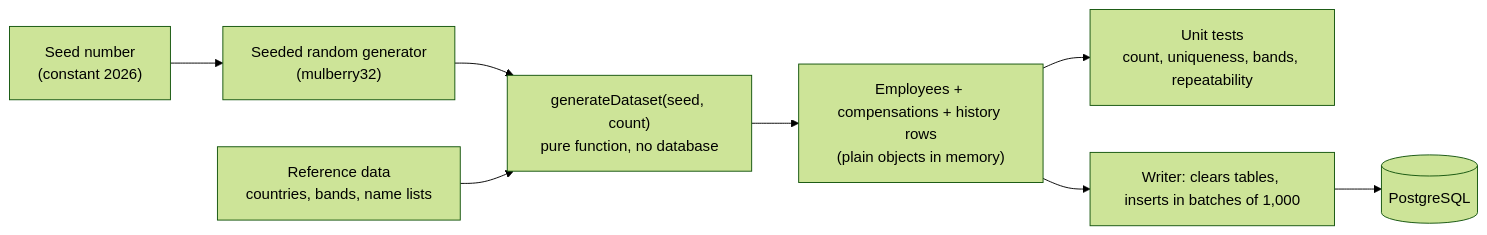
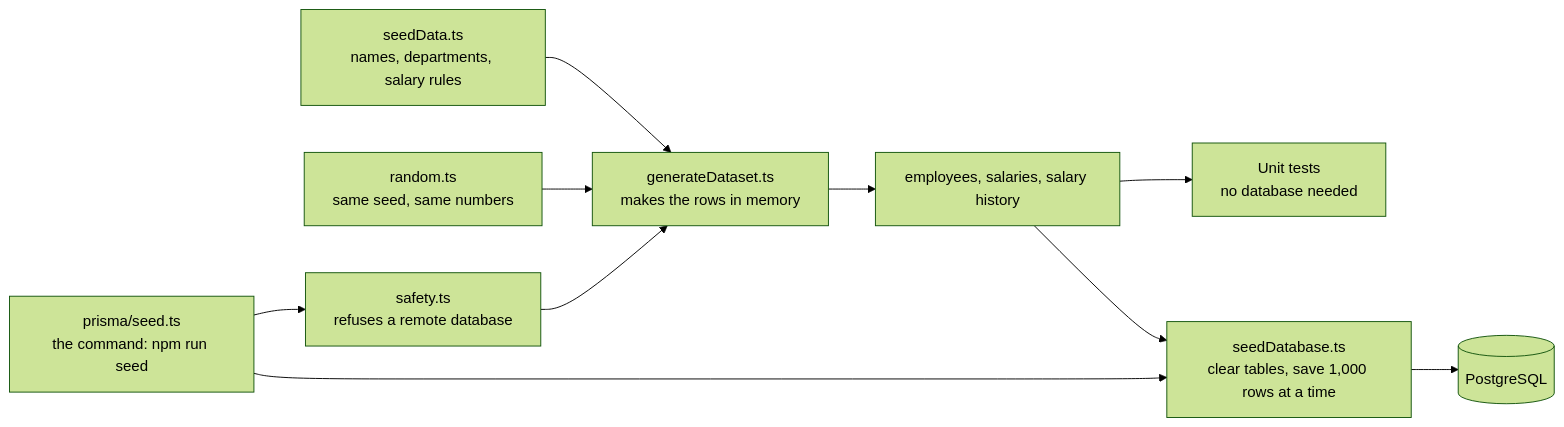
Before and after one commit to prasadm00/salary-management: the sixth of 7 diagrams in docs/LLD.md, drawn with Mermaid (forest theme). The commit also changed other lines of this file and 4 other files, not shown here.

````diff
--- a/docs/LLD.md
+++ b/docs/LLD.md
@@ -705,10 +707,12 @@
 ```mermaid
 flowchart LR
-    SEEDNUM["Seed number<br/>(constant 2026)"] --> PRNG["Seeded random generator<br/>(mulberry32)"]
-    PRNG --> GEN["generateDataset(seed, count)<br/>pure function, no database"]
-    REF["Reference data<br/>countries, bands, name lists"] --> GEN
-    GEN --> DATA["Employees + compensations + history rows<br/>(plain objects in memory)"]
-    DATA --> TEST["Unit tests<br/>count, uniqueness, bands, repeatability"]
-    DATA --> WRITER["Writer: clears tables, inserts in batches of 1,000"]
-    WRITER --> DB[("PostgreSQL")]
+    LISTS["seedData.ts<br/>names, departments, salary rules"] --> GEN["generateDataset.ts<br/>makes the rows in memory"]
+    RANDOM["random.ts<br/>same seed, same numbers"] --> GEN
+    GEN --> ROWS["employees, salaries, salary history"]
+    ROWS --> TEST["Unit tests<br/>no database needed"]
+    ROWS --> SAVE["seedDatabase.ts<br/>clear tables, save 1,000 rows at a time"]
+    SAVE --> DB[("PostgreSQL")]
+    CMD["prisma/seed.ts<br/>the command: npm run seed"] --> SAFE["safety.ts<br/>refuses a remote database"]
+    SAFE --> GEN
+    CMD --> SAVE
 ```
````
